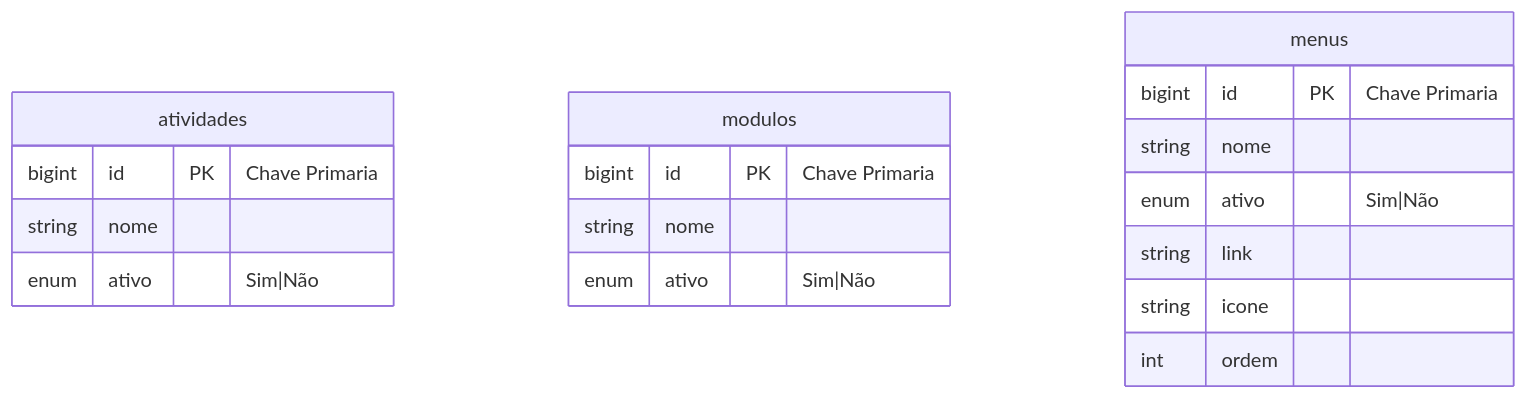
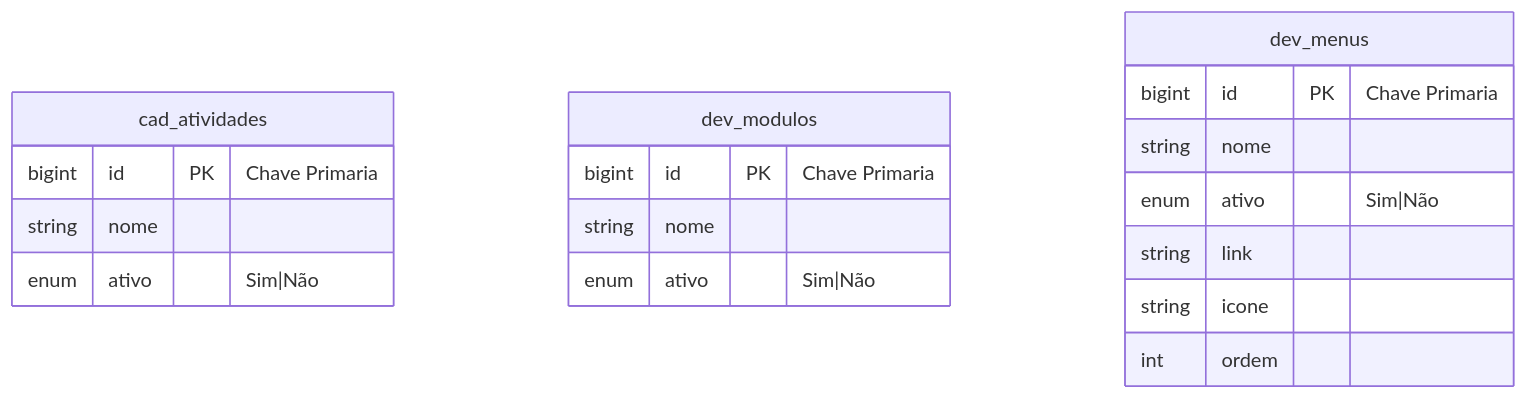
The fourth of 8 diagrams in doc/modulo/laboratório.md (o-novo-dev/projeto-sistema), drawn with Mermaid before and after one commit. The commit also changed other lines of this file and 33 other files, not shown here.

````diff
--- a/doc/modulo/laboratório.md
+++ b/doc/modulo/laboratório.md
@@ -84,21 +84,21 @@
 ```mermaid
 erDiagram
-  atividades {
+  cad_atividades {
     bigint id PK "Chave Primaria"
     string nome
     enum ativo "Sim|Não"
   }
-  modulos {
+  dev_modulos {
     bigint id PK "Chave Primaria"
     string nome
     enum ativo "Sim|Não"
   }
-  menus {
+  dev_menus {
     bigint id PK "Chave Primaria"
     string nome
     enum ativo "Sim|Não"
     string link
     string icone
     int ordem
   }
 ```
````
